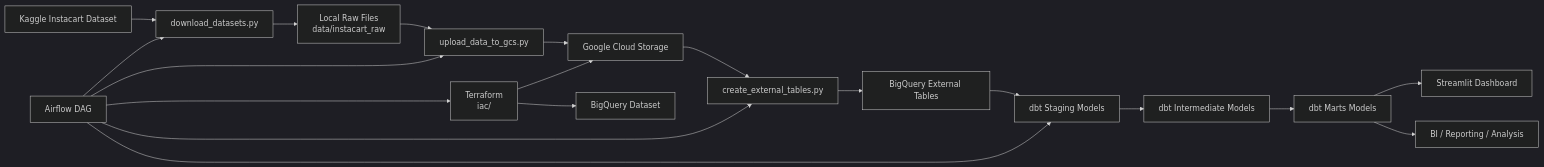
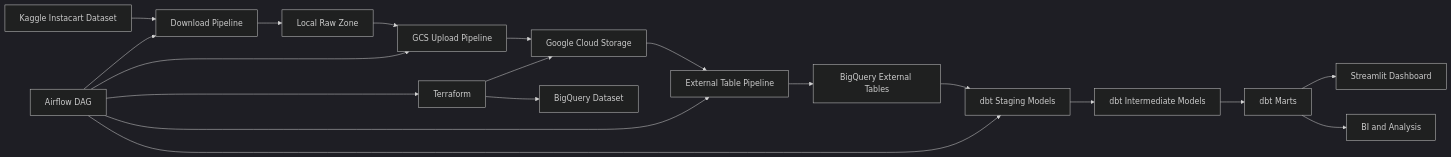
The first of 2 diagrams in README.md (NotJustAVibeCoder/Instacart-Online-Grocery-Basket-Analysis---Data-Engineering-Project), drawn with Mermaid (dark theme) before and after one commit. The commit also changed other lines of this file, not shown here.

````diff
--- a/README.md
+++ b/README.md
@@ -65,21 +25,21 @@
 ```mermaid
 flowchart LR
-    A["Kaggle Instacart Dataset"] --> B["download_datasets.py"]
-    B --> C["Local Raw Files<br/>data/instacart_raw"]
-    C --> D["upload_data_to_gcs.py"]
+    A["Kaggle Instacart Dataset"] --> B["Download Pipeline"]
+    B --> C["Local Raw Zone"]
+    C --> D["GCS Upload Pipeline"]
     D --> E["Google Cloud Storage"]
-    F["Terraform<br/>iac/"] --> E
+    F["Terraform"] --> E
     F --> G["BigQuery Dataset"]
-    E --> H["create_external_tables.py"]
+    E --> H["External Table Pipeline"]
     H --> I["BigQuery External Tables"]
     I --> J["dbt Staging Models"]
     J --> K["dbt Intermediate Models"]
-    K --> L["dbt Marts Models"]
-    M["Airflow DAG"] --> B
-    M --> F
-    M --> D
-    M --> H
-    M --> J
-    L --> N["Streamlit Dashboard"]
-    L --> O["BI / Reporting / Analysis"]
+    K --> L["dbt Marts"]
+    L --> M["Streamlit Dashboard"]
+    L --> N["BI and Analysis"]
+    O["Airflow DAG"] --> B
+    O --> F
+    O --> D
+    O --> H
+    O --> J
 ```
````
